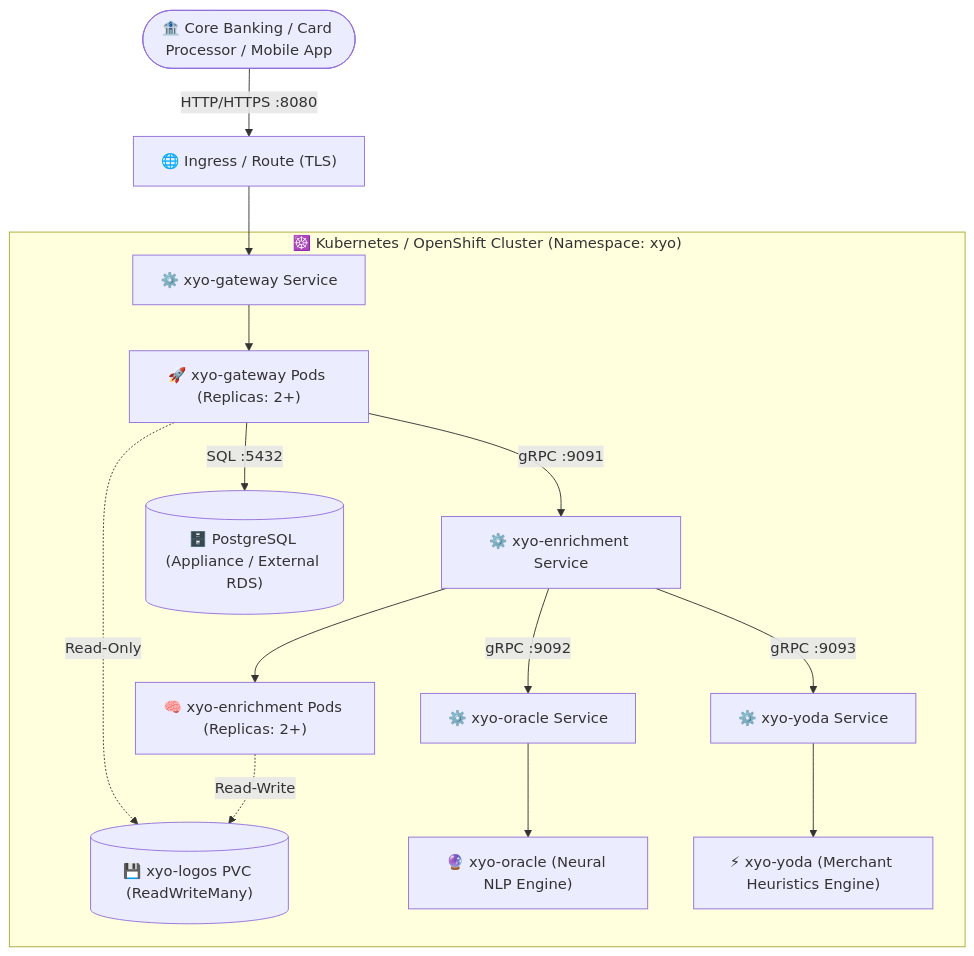
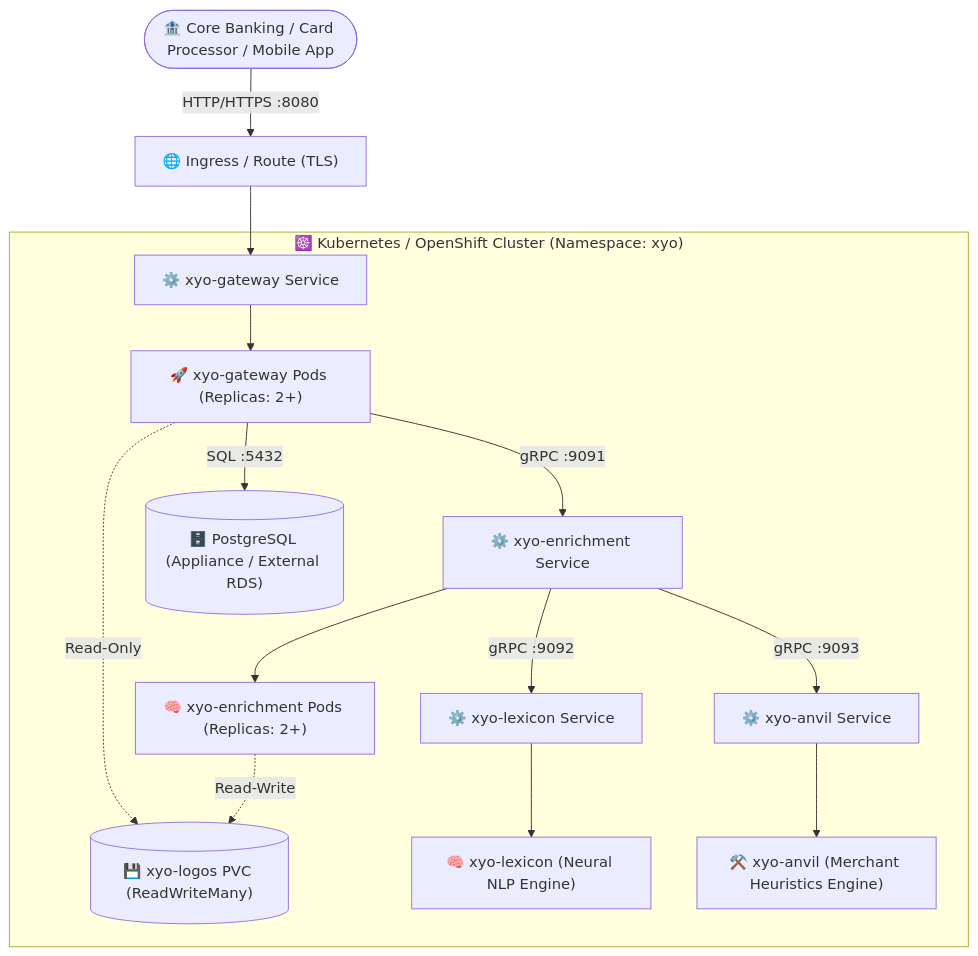
The diagram in charts/xyo-appliance/README.md (xyo-financial/xyo-financial), drawn with Mermaid before and after one commit. The commit also changed other lines of this file and 17 other files, not shown here.

````diff
--- a/charts/xyo-appliance/README.md
+++ b/charts/xyo-appliance/README.md
@@ -17,22 +17,22 @@
 ```mermaid
 flowchart TD
     Client(["🏦 Core Banking / Card Processor / Mobile App"]) -->|"HTTP/HTTPS :8080"| Ingress["🌐 Ingress / Route (TLS)"]
     Ingress --> SvcGW["⚙️ xyo-gateway Service"]
     
     subgraph K8s ["☸️ Kubernetes / OpenShift Cluster (Namespace: xyo)"]
         SvcGW --> GW["🚀 xyo-gateway Pods (Replicas: 2+)"]
         
         GW -->|"gRPC :9091"| SvcEnrich["⚙️ xyo-enrichment Service"]
         GW -->|"SQL :5432"| DB[("🗄️ PostgreSQL (Appliance / External RDS)")]
         GW -.->|"Read-Only"| PVC[("💾 xyo-logos PVC (ReadWriteMany)")]
         
         SvcEnrich --> Enrich["🧠 xyo-enrichment Pods (Replicas: 2+)"]
         Enrich -.->|"Read-Write"| PVC
         
-        SvcEnrich -->|"gRPC :9092"| SvcOracle["⚙️ xyo-oracle Service"]
-        SvcEnrich -->|"gRPC :9093"| SvcYoda["⚙️ xyo-yoda Service"]
+        SvcEnrich -->|"gRPC :9092"| SvcLexicon["⚙️ xyo-lexicon Service"]
+        SvcEnrich -->|"gRPC :9093"| SvcAnvil["⚙️ xyo-anvil Service"]
         
-        SvcOracle --> Oracle["🔮 xyo-oracle (Neural NLP Engine)"]
-        SvcYoda --> Yoda["⚡ xyo-yoda (Merchant Heuristics Engine)"]
+        SvcLexicon --> Lexicon["🧠 xyo-lexicon (Neural NLP Engine)"]
+        SvcAnvil --> Anvil["⚒️ xyo-anvil (Merchant Heuristics Engine)"]
     end
 ```
````
